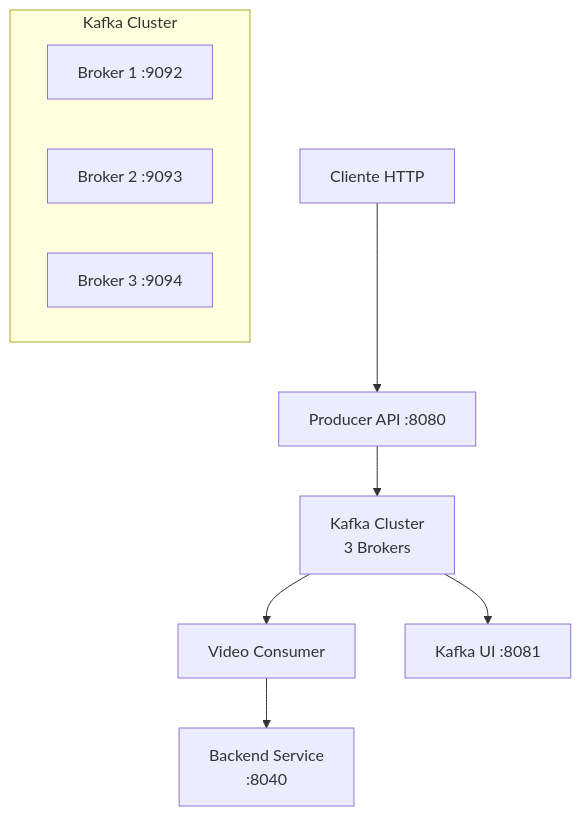
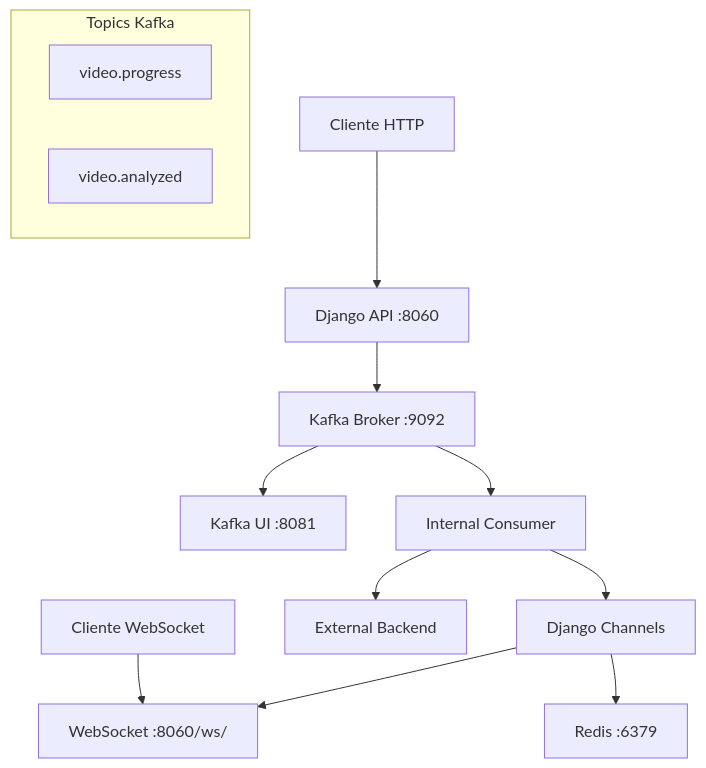
One commit to UDLAIA-STATS/kafkaservice changed the diagram in README.md. Above: the diagram before and after it, drawn with Mermaid. The commit also changed other lines of this file and 14 other files, not shown here.

````diff
--- a/README.md
+++ b/README.md
@@ -16,15 +26,18 @@
 ```mermaid
 graph TB
-    Client[Cliente HTTP] --> API[Producer API :8080]
-    API --> Kafka[Kafka Cluster<br/>3 Brokers]
-    Kafka --> Consumer[Video Consumer]
-    Consumer --> Backend[Backend Service<br/>:8040]
-    
-    subgraph "Kafka Cluster"
-        B1[Broker 1 :9092]
-        B2[Broker 2 :9093] 
-        B3[Broker 3 :9094]
-    end
+    Client[Cliente HTTP] --> Django[Django API :8060]
+    WebClient[Cliente WebSocket] --> WS[WebSocket :8060/ws/]
+    Django --> Kafka[Kafka Broker :9092]
+    Kafka --> Consumer[Internal Consumer]
+    Consumer --> Channels[Django Channels]
+    Channels --> Redis[Redis :6379]
+    Channels --> WS
+    Consumer --> Backend[External Backend]
     
     Kafka --> UI[Kafka UI :8081]
+    
+    subgraph "Topics Kafka"
+        T1[video.progress]
+        T2[video.analyzed]
+    end
 ```
````
